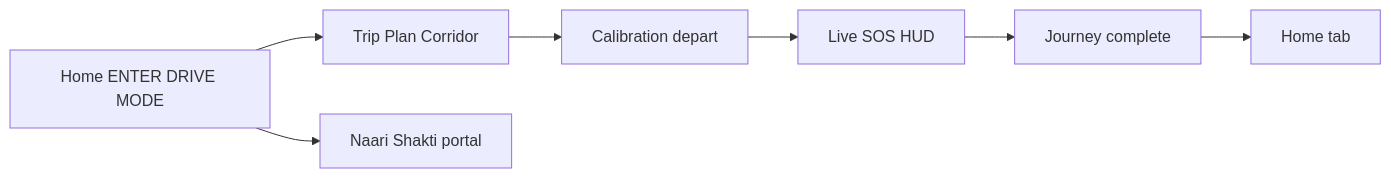
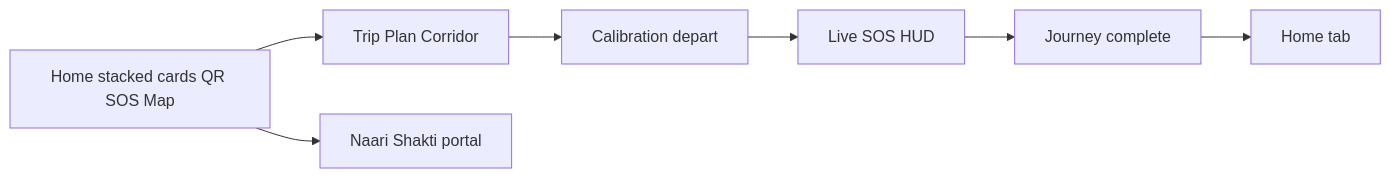
Before and after one commit to Stormynubee/novadrive: the second of 4 diagrams in README.md, drawn with Mermaid. The commit also changed other lines of this file and 6 other files, not shown here.

````diff
--- a/README.md
+++ b/README.md
@@ -47,9 +60,9 @@
 ```mermaid
 flowchart LR
-  Home["Home ENTER DRIVE MODE"] --> Trip["Trip Plan Corridor"]
+  Home["Home stacked cards QR SOS Map"] --> Trip["Trip Plan Corridor"]
   Trip --> Calibrate["Calibration depart"]
   Calibrate --> HUD["Live SOS HUD"]
   HUD --> Complete["Journey complete"]
   Complete --> Home2["Home tab"]
   Home --> Naari["Naari Shakti portal"]
 ```
````
